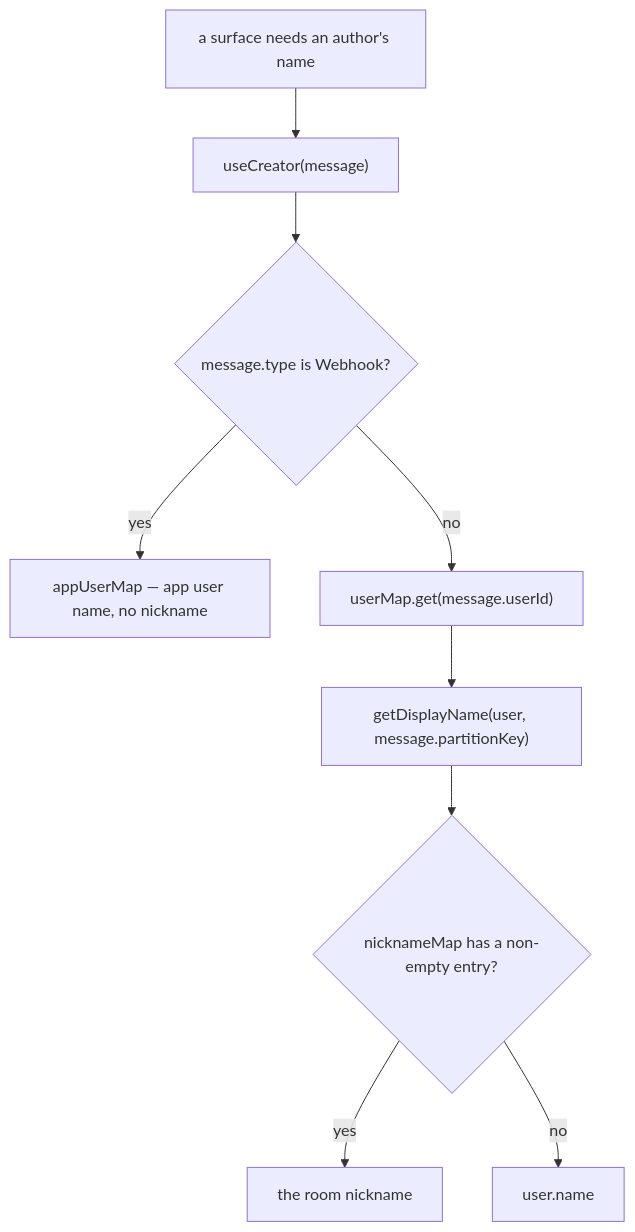
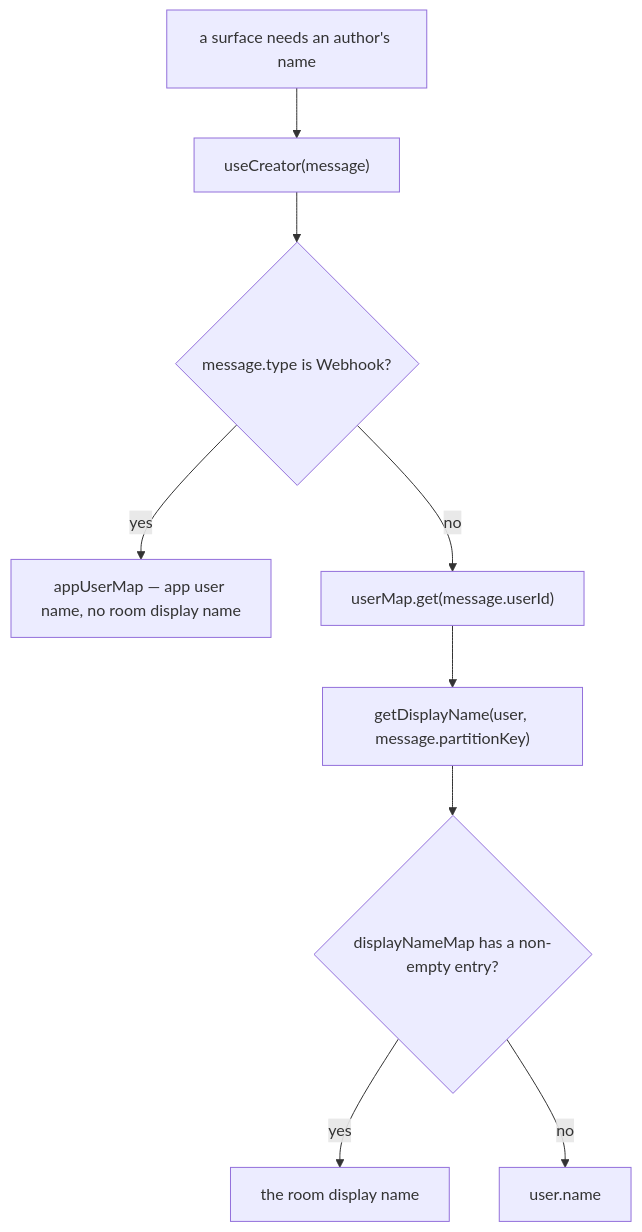
One commit to Esposter/Esposter changed the diagram in apps/web/content/docs/esbabbler/nicknames.md. Above: the diagram before and after it, drawn with Mermaid. The commit also changed other lines of this file and 50 other files, not shown here.

First line of the commit message:
feat(esbabbler): rename room nicknames to display names

````diff
--- a/apps/web/content/docs/esbabbler/nicknames.md
+++ b/apps/web/content/docs/esbabbler/nicknames.md
@@ -37,11 +37,11 @@
 ```mermaid
 flowchart TD
   Render["a surface needs an author's name"] --> Creator["useCreator(message)"]
   Creator --> Webhook{"message.type is Webhook?"}
-  Webhook -->|"yes"| AppUser["appUserMap — app user name, no nickname"]
+  Webhook -->|"yes"| AppUser["appUserMap — app user name, no room display name"]
   Webhook -->|"no"| User["userMap.get(message.userId)"]
   User --> Display["getDisplayName(user, message.partitionKey)"]
-  Display --> Nickname{"nicknameMap has a non-empty entry?"}
-  Nickname -->|"yes"| Nick["the room nickname"]
-  Nickname -->|"no"| Global["user.name"]
+  Display --> HasDisplayName{"displayNameMap has a non-empty entry?"}
+  HasDisplayName -->|"yes"| RoomDisplayName["the room display name"]
+  HasDisplayName -->|"no"| Global["user.name"]
 ```
````
